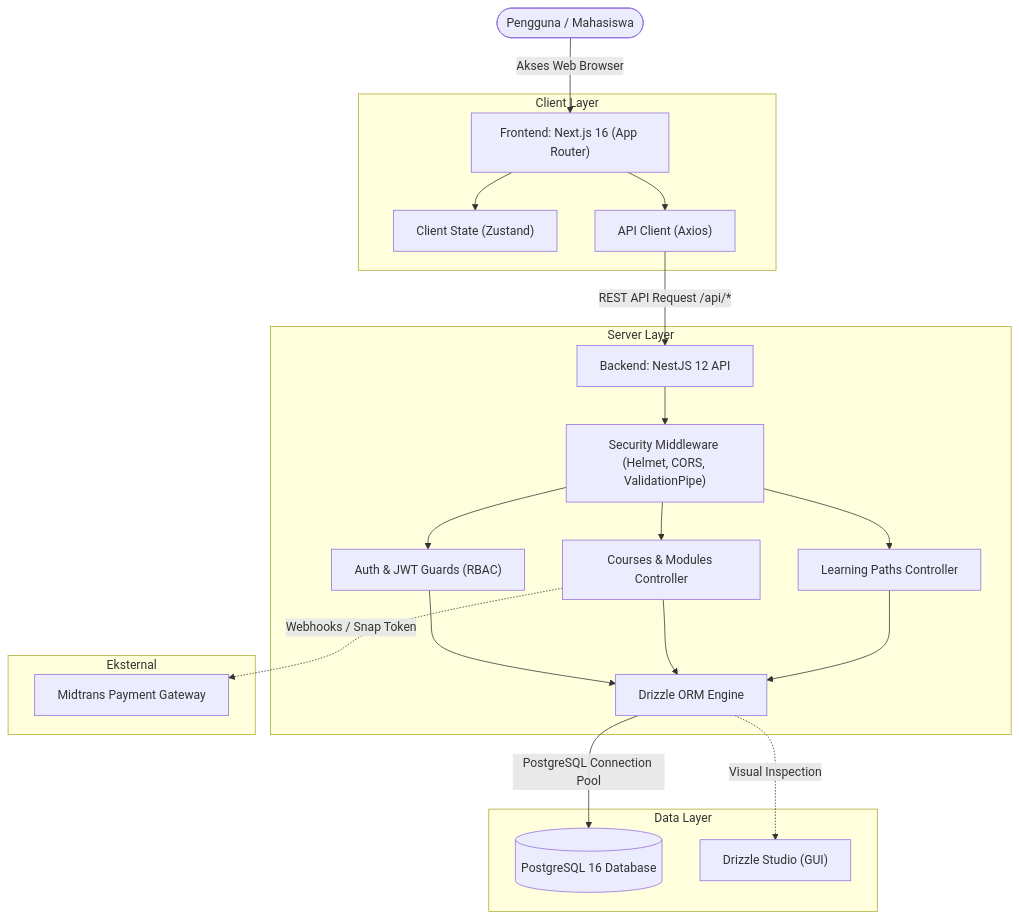
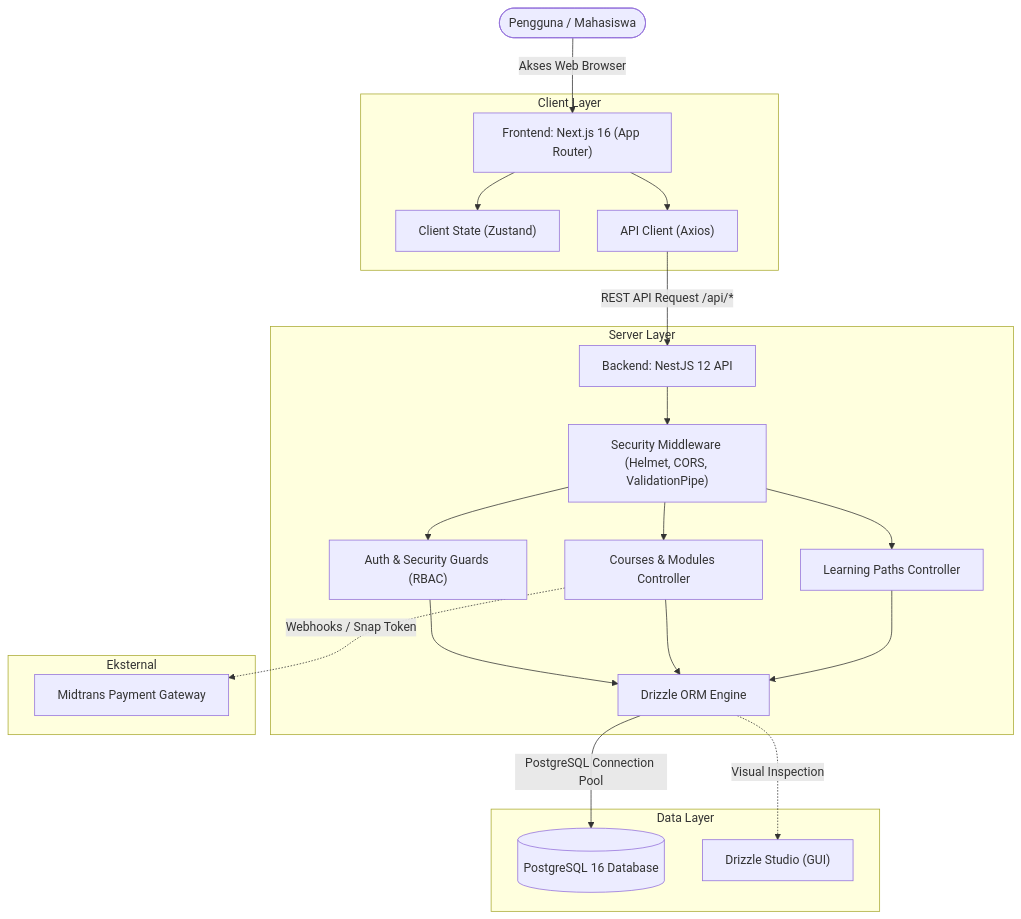
One commit to kevinefendy/web-pembelajaran changed the diagram in README.md. Above: the diagram before and after it, drawn with Mermaid. The commit also changed other lines of this file and 2 other files, not shown here.

Commit message:
security: hapus contoh secret key dan referensi eksplisit JWT dari dokumentasi publik

````diff
--- a/README.md
+++ b/README.md
@@ -98,31 +98,31 @@
 ```mermaid
 graph TD
     User([Pengguna / Mahasiswa]) -->|Akses Web Browser| NextClient["Frontend: Next.js 16 (App Router)"]
     
     subgraph Client Layer
         NextClient --> ZustandStore["Client State (Zustand)"]
         NextClient --> AxiosAPI["API Client (Axios)"]
     end
     
     AxiosAPI -->|REST API Request /api/*| NestApp["Backend: NestJS 12 API"]
     
     subgraph Server Layer
         NestApp --> HelmetMW["Security Middleware (Helmet, CORS, ValidationPipe)"]
-        HelmetMW --> AuthModule["Auth & JWT Guards (RBAC)"]
+        HelmetMW --> AuthModule["Auth & Security Guards (RBAC)"]
         HelmetMW --> CourseModule["Courses & Modules Controller"]
         HelmetMW --> PathModule["Learning Paths Controller"]
         
         AuthModule --> DrizzleProvider["Drizzle ORM Engine"]
         CourseModule --> DrizzleProvider
         PathModule --> DrizzleProvider
     end
     
     subgraph Data Layer
         DrizzleProvider -->|PostgreSQL Connection Pool| PostgresDB[("PostgreSQL 16 Database")]
         DrizzleProvider -.->|Visual Inspection| DrizzleStudio["Drizzle Studio (GUI)"]
     end
 
     subgraph Eksternal
         CourseModule -.->|Webhooks / Snap Token| Midtrans["Midtrans Payment Gateway"]
     end
 ```
````
